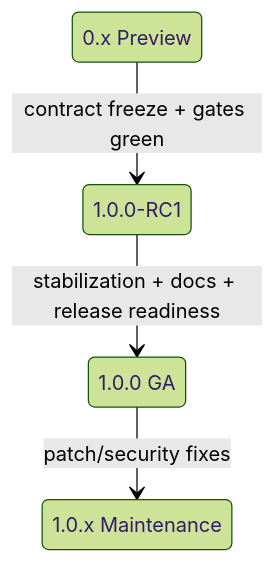
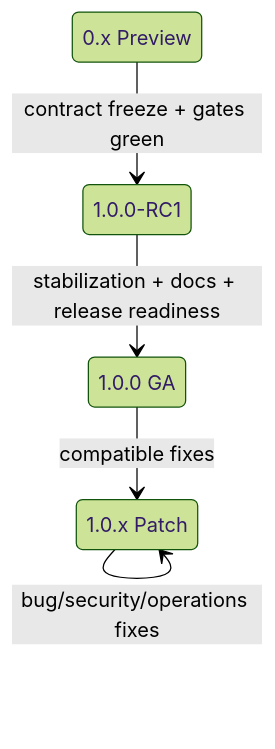
One commit to Ryan-Guizhou/peach-rpc changed the diagram in docs/release-policy.md. Above: the diagram before and after it, drawn with Mermaid (forest theme). The commit also changed other lines of this file, not shown here.

Commit message:
docs: define immutable 1.0.x patch release policy

````diff
--- a/docs/release-policy.md
+++ b/docs/release-policy.md
@@ -7,11 +7,12 @@
 ```mermaid
 stateDiagram-v2
     Preview: 0.x Preview
     RC: 1.0.0-RC1
     GA: 1.0.0 GA
-    Maint: 1.0.x Maintenance
+    Patch: 1.0.x Patch
 
     Preview --> RC: contract freeze + gates green
     RC --> GA: stabilization + docs + release readiness
-    GA --> Maint: patch/security fixes
+    GA --> Patch: compatible fixes
+    Patch --> Patch: bug/security/operations fixes
 ```
````
